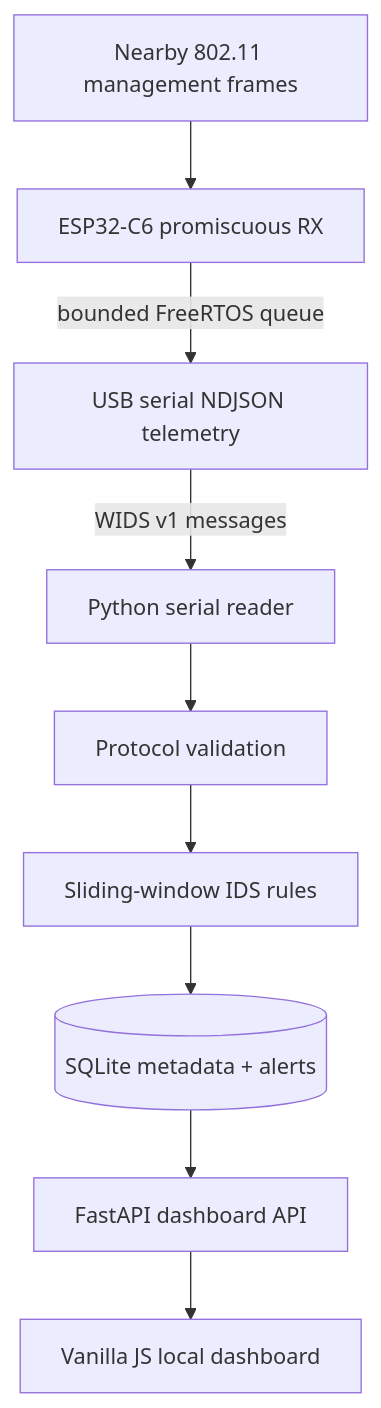
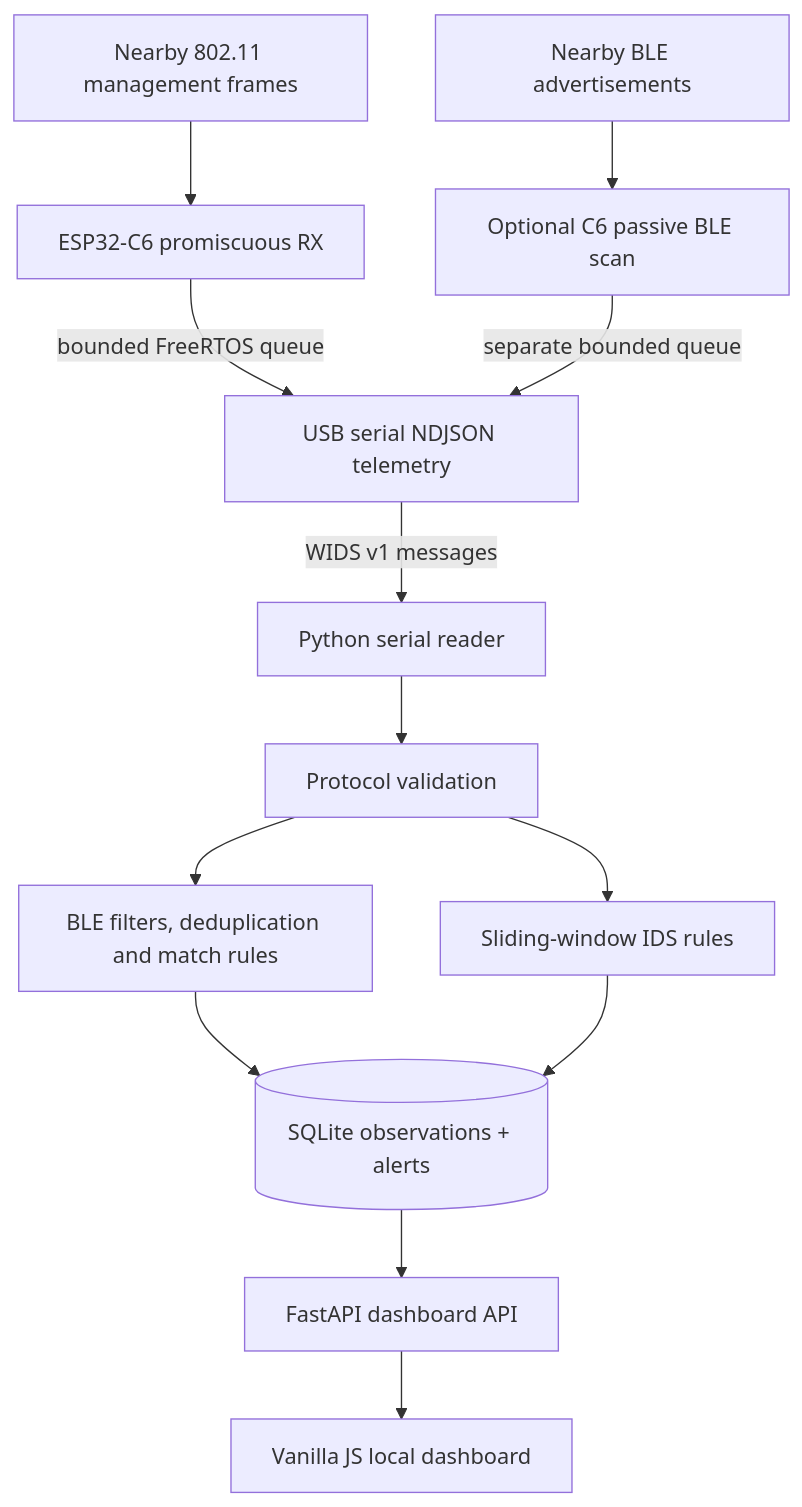
The diagram in README.md (PurpleSentinel/WiFi-Sentinel), drawn with Mermaid before and after one commit. The commit also changed other lines of this file and 39 other files, not shown here.

Commit message:
Add passive BLE monitoring and dedicated dashboard tab (#26)

````diff
--- a/README.md
+++ b/README.md
@@ -68,11 +77,15 @@
 ```mermaid
 flowchart TD
   RF[Nearby 802.11 management frames] --> SENSOR[ESP32-C6 promiscuous RX]
   SENSOR -->|bounded FreeRTOS queue| EXPORT[USB serial NDJSON telemetry]
+  BLE[Nearby BLE advertisements] --> SCAN[Optional C6 passive BLE scan]
+  SCAN -->|separate bounded queue| EXPORT
   EXPORT -->|WIDS v1 messages| READ[Python serial reader]
   READ --> VALIDATE[Protocol validation]
   VALIDATE --> DETECT[Sliding-window IDS rules]
-  DETECT --> DB[(SQLite metadata + alerts)]
+  VALIDATE --> BLEPOLICY[BLE filters, deduplication and match rules]
+  BLEPOLICY --> DB[(SQLite observations + alerts)]
+  DETECT --> DB
   DB --> API[FastAPI dashboard API]
   API --> UI[Vanilla JS local dashboard]
 ```
````
